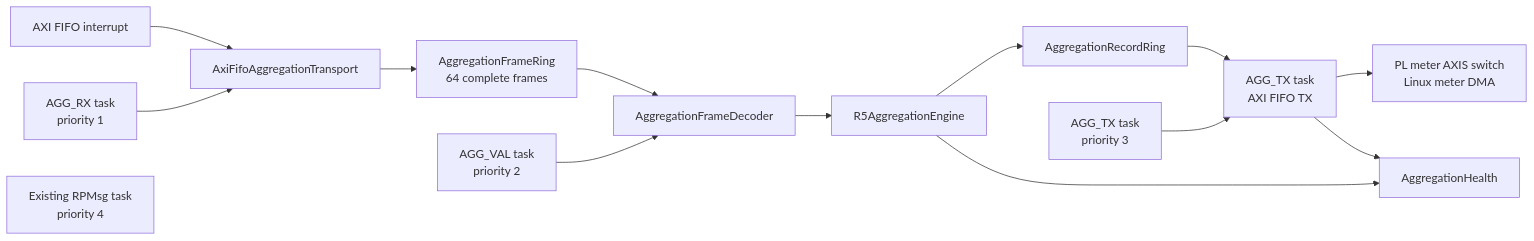
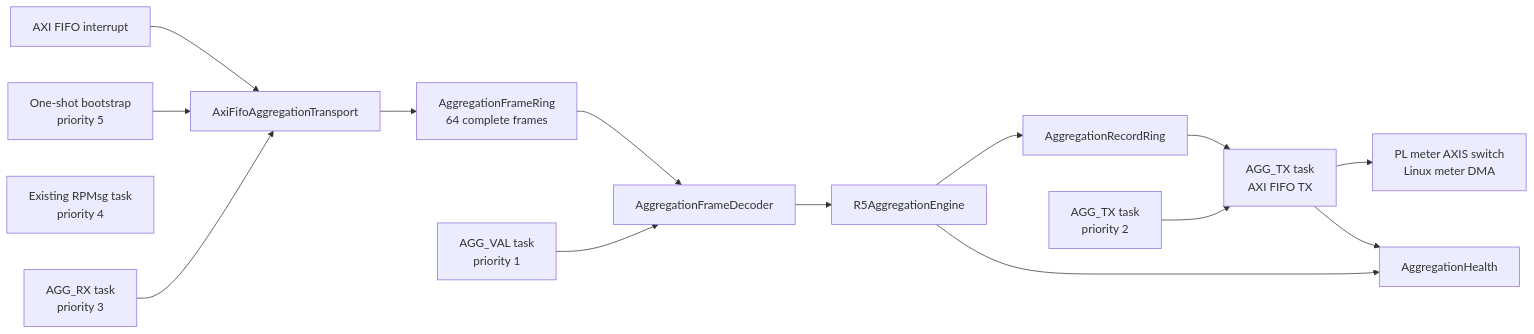
Before and after one commit to Monutchee/MSAP1_RPU: the diagram in R5c1/src/MainApp/aggregation/README.md, drawn with Mermaid. The commit also changed other lines of this file and 11 other files, not shown here.

````diff
--- a/R5c1/src/MainApp/aggregation/README.md
+++ b/R5c1/src/MainApp/aggregation/README.md
@@ -15,17 +15,18 @@
 ```mermaid
 flowchart LR
     IRQ["AXI FIFO interrupt"] --> RX["AxiFifoAggregationTransport"]
     RX --> RING["AggregationFrameRing\n64 complete frames"]
     RING --> DEC["AggregationFrameDecoder"]
     DEC --> ENG["R5AggregationEngine"]
     ENG --> OUT["AggregationRecordRing"]
     OUT --> TX["AGG_TX task\nAXI FIFO TX"]
     TX --> PL["PL meter AXIS switch\nLinux meter DMA"]
     ENG --> HEALTH["AggregationHealth"]
     TX --> HEALTH
 
-    INPUT["AGG_RX task\npriority 1"] --> RX
-    VALIDATOR["AGG_VAL task\npriority 2"] --> DEC
-    OUTPUT["AGG_TX task\npriority 3"] --> TX
+    BOOT["One-shot bootstrap\npriority 5"] --> RX
     RPMSG["Existing RPMsg task\npriority 4"]
+    INPUT["AGG_RX task\npriority 3"] --> RX
+    OUTPUT["AGG_TX task\npriority 2"] --> TX
+    VALIDATOR["AGG_VAL task\npriority 1"] --> DEC
 ```
````
